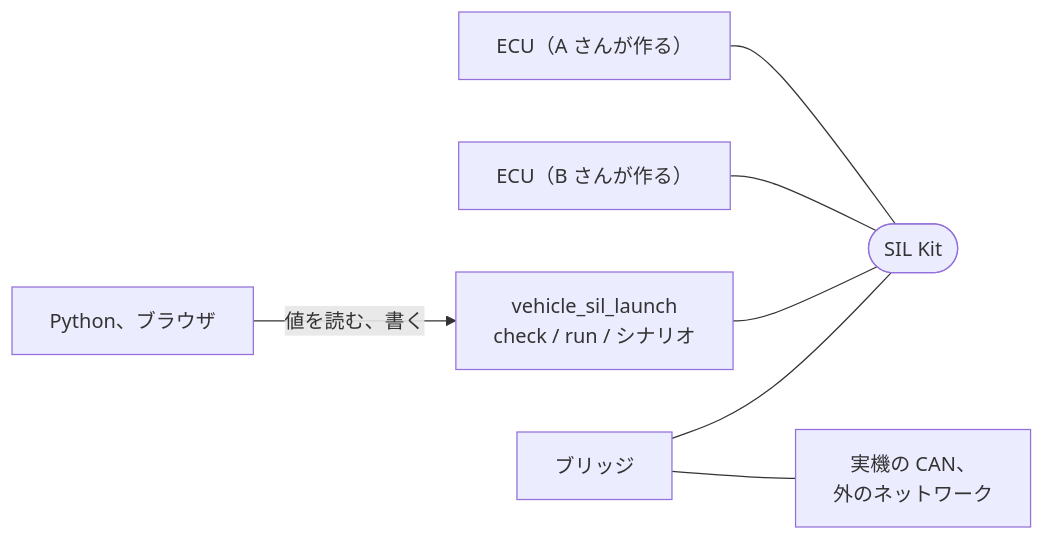
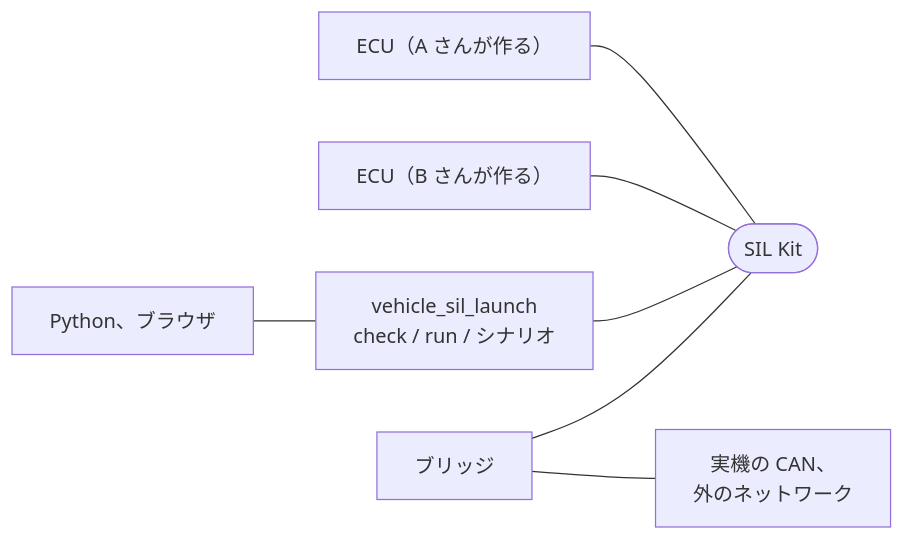
Before and after one commit to rahanahu/vehicle-sil: the diagram in README.md, drawn with Mermaid. The commit also changed other lines of this file, not shown here.

````diff
--- a/README.md
+++ b/README.md
@@ -21,9 +21,9 @@
 ```mermaid
 flowchart LR
     a["ECU（A さんが作る）"] --- silkit(["SIL Kit"])
     b["ECU（B さんが作る）"] --- silkit
     launch["vehicle_sil_launch<br>check / run / シナリオ"] --- silkit
     bridge["ブリッジ"] --- silkit
     bridge --- real["実機の CAN、<br>外のネットワーク"]
-    client["Python、ブラウザ"] -- "値を読む、書く" --> launch
+    client["Python、ブラウザ"] --- launch
 ```
````
